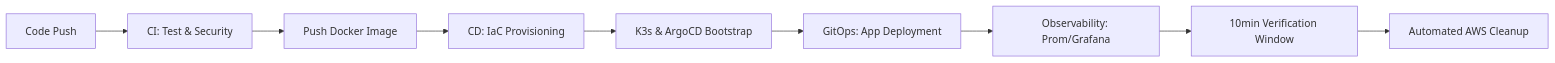
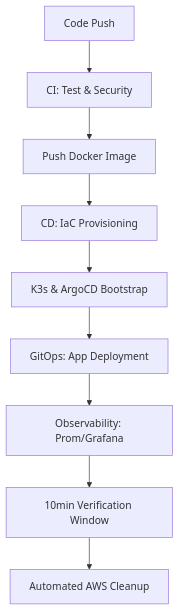
One commit to thomasasamba-bot/fastapi-ci-cd-project changed the diagram in README.md. Above: the diagram before and after it, drawn with Mermaid. The commit also changed other lines of this file and 3 other files, not shown here.

````diff
--- a/README.md
+++ b/README.md
@@ -11,11 +12,11 @@
 ```mermaid
-graph LR
+graph TD
     A[Code Push] --> B[CI: Test & Security]
     B --> C[Push Docker Image]
     C --> D[CD: IaC Provisioning]
     D --> E[K3s & ArgoCD Bootstrap]
     E --> F[GitOps: App Deployment]
     F --> G[Observability: Prom/Grafana]
     G --> H[10min Verification Window]
     H --> I[Automated AWS Cleanup]
 ```
````
